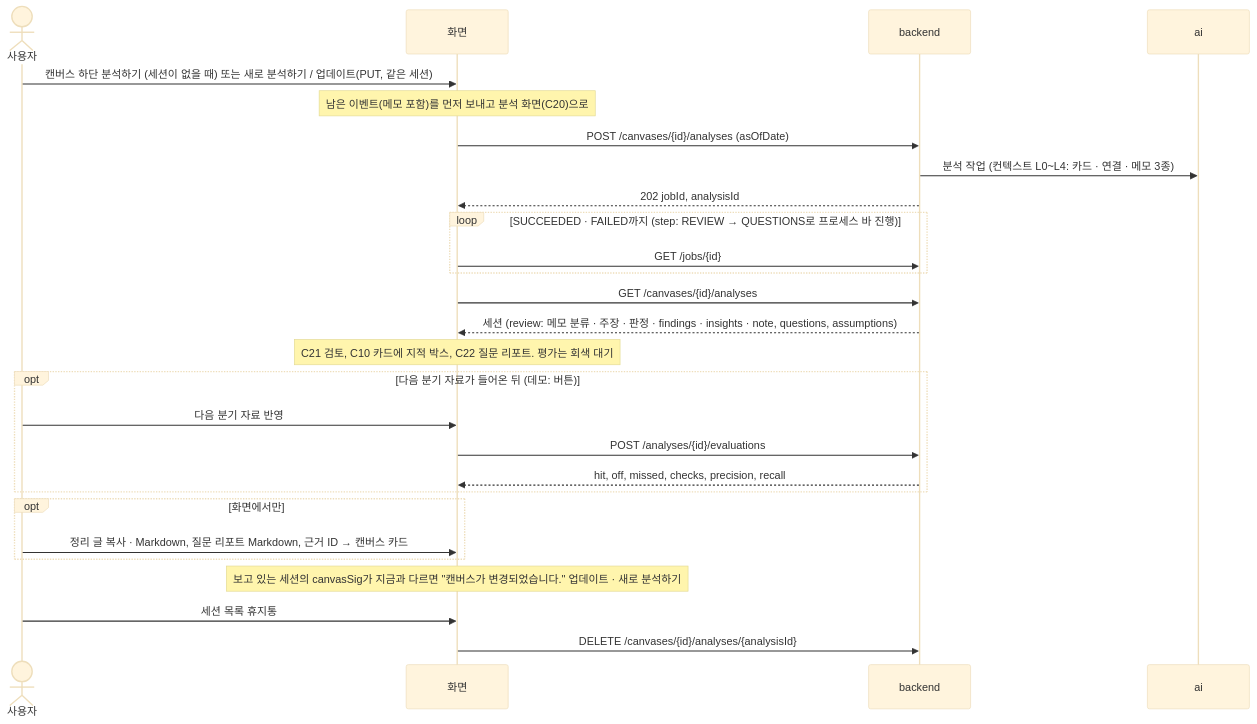
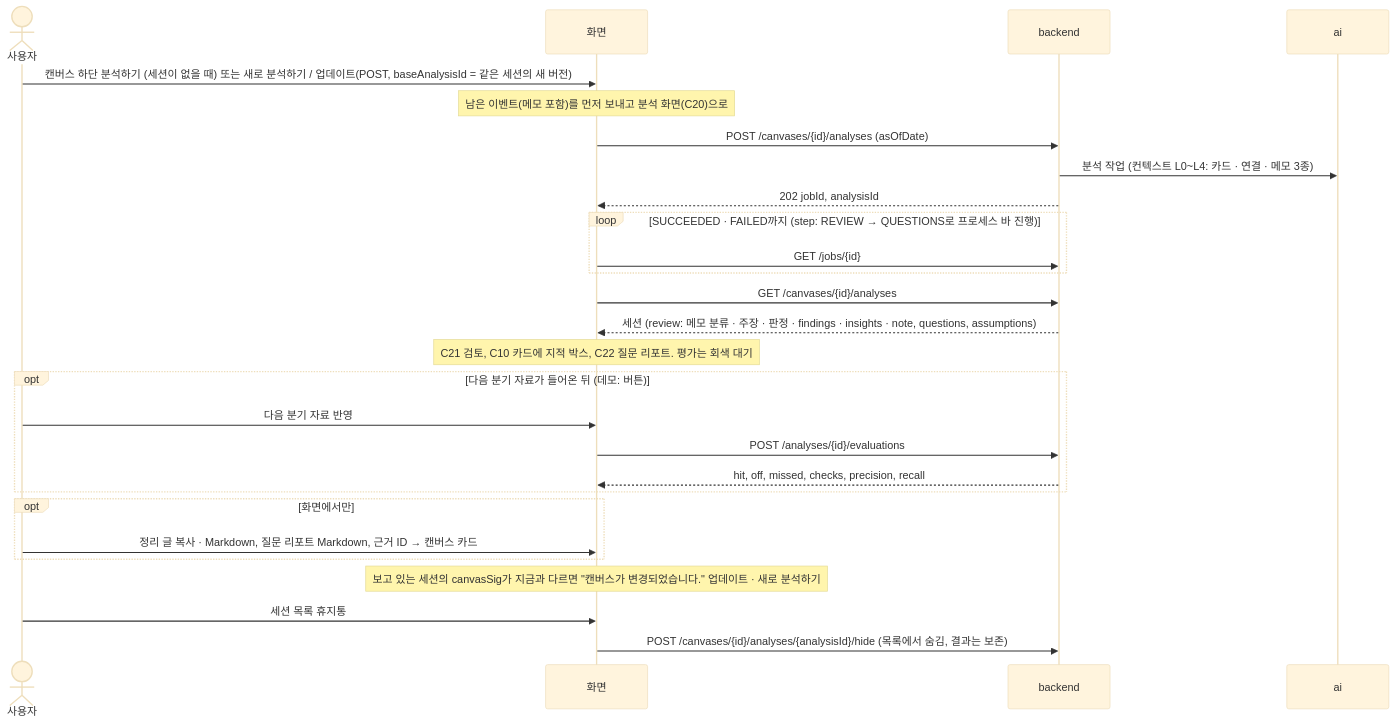
The sixth of 7 diagrams in docs/frontend/api-diagram.md (vamos-team/telescope), drawn with Mermaid (base theme) before and after one commit. The commit also changed 12 other files, not shown here.

````diff
--- a/docs/frontend/api-diagram.md
+++ b/docs/frontend/api-diagram.md
@@ -180,32 +180,32 @@
 ```mermaid
 sequenceDiagram
   actor U as 사용자
   participant F as 화면
   participant B as backend
   participant A as ai
 
-  U->>F: 캔버스 하단 분석하기 (세션이 없을 때) 또는 새로 분석하기 / 업데이트(PUT, 같은 세션)
+  U->>F: 캔버스 하단 분석하기 (세션이 없을 때) 또는 새로 분석하기 / 업데이트(POST, baseAnalysisId = 같은 세션의 새 버전)
   Note over F: 남은 이벤트(메모 포함)를 먼저 보내고 분석 화면(C20)으로
   F->>B: POST /canvases/{id}/analyses (asOfDate)
   B->>A: 분석 작업 (컨텍스트 L0~L4: 카드 · 연결 · 메모 3종)
   B-->>F: 202 jobId, analysisId
   loop SUCCEEDED · FAILED까지 (step: REVIEW → QUESTIONS로 프로세스 바 진행)
     F->>B: GET /jobs/{id}
   end
   F->>B: GET /canvases/{id}/analyses
   B-->>F: 세션 (review: 메모 분류 · 주장 · 판정 · findings · insights · note, questions, assumptions)
   Note over F: C21 검토, C10 카드에 지적 박스, C22 질문 리포트. 평가는 회색 대기
 
   opt 다음 분기 자료가 들어온 뒤 (데모: 버튼)
     U->>F: 다음 분기 자료 반영
     F->>B: POST /analyses/{id}/evaluations
     B-->>F: hit, off, missed, checks, precision, recall
   end
 
   opt 화면에서만
     U->>F: 정리 글 복사 · Markdown, 질문 리포트 Markdown, 근거 ID → 캔버스 카드
   end
   Note over F: 보고 있는 세션의 canvasSig가 지금과 다르면 "캔버스가 변경되었습니다." 업데이트 · 새로 분석하기
   U->>F: 세션 목록 휴지통
-  F->>B: DELETE /canvases/{id}/analyses/{analysisId}
+  F->>B: POST /canvases/{id}/analyses/{analysisId}/hide (목록에서 숨김, 결과는 보존)
 ```
````
